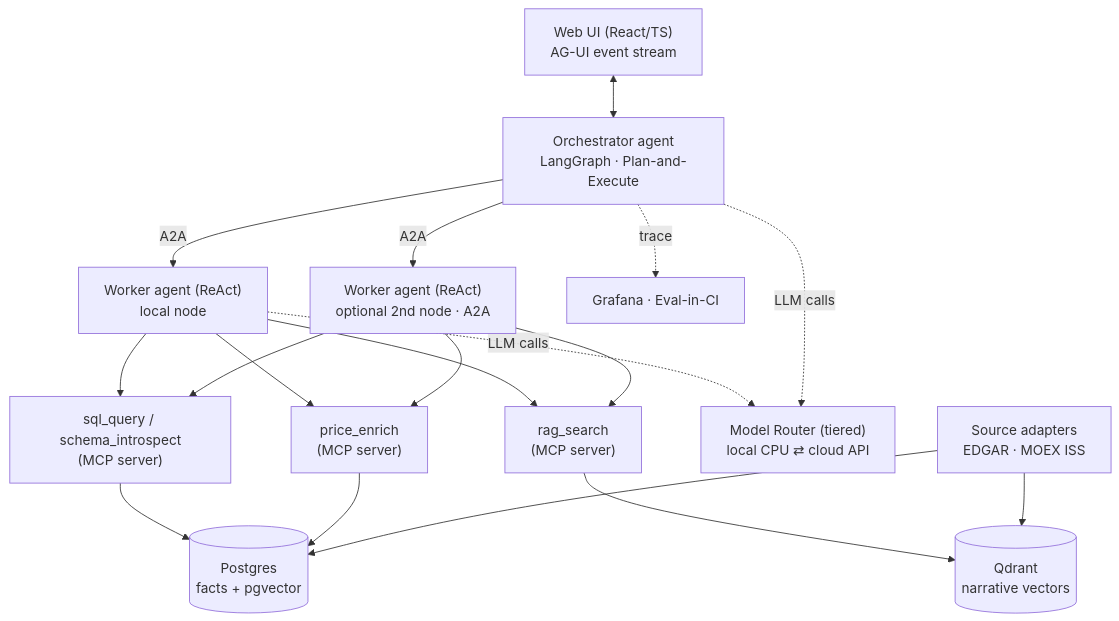
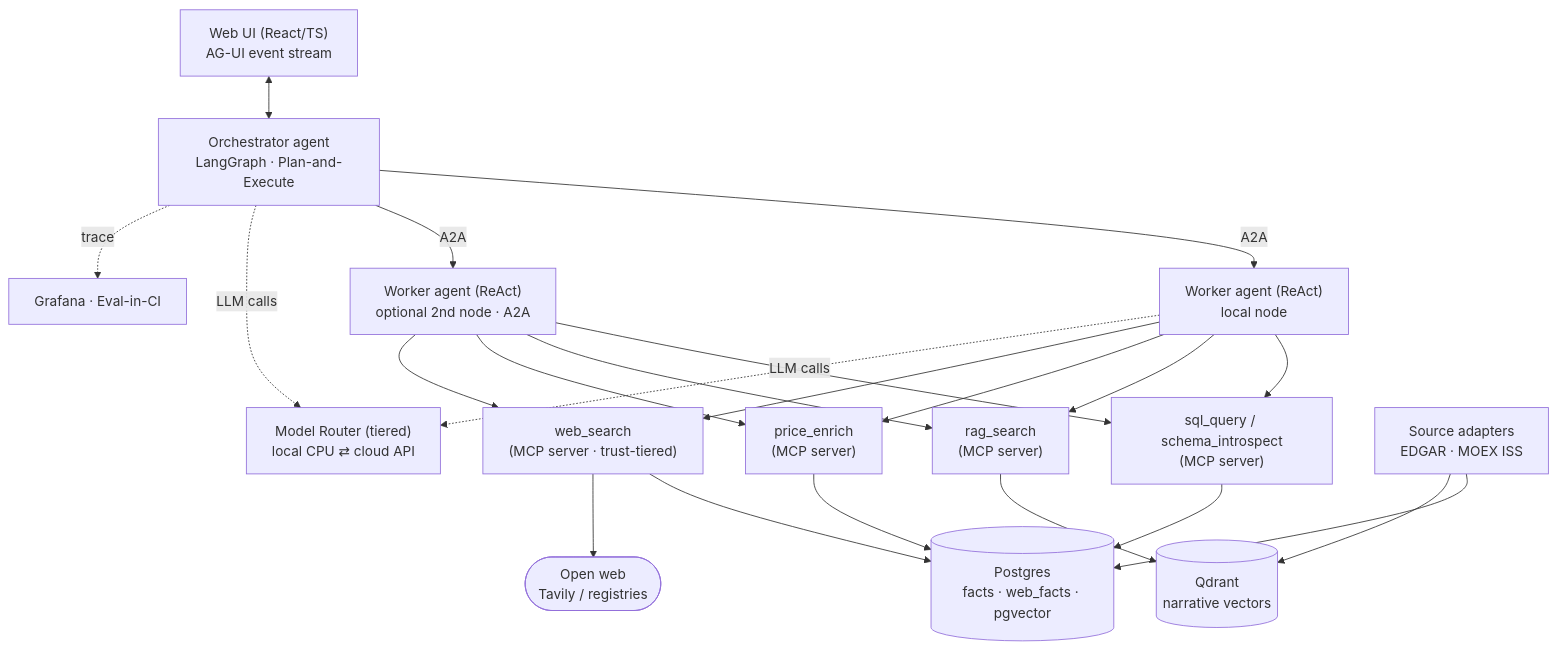
One commit to zzlawlzz/ledgerlens changed the diagram in README.md. Above: the diagram before and after it, drawn with Mermaid. The commit also changed other lines of this file and 1 other file, not shown here.

````diff
--- a/README.md
+++ b/README.md
@@ -28,28 +36,31 @@
 ```mermaid
 flowchart TB
     UI["Web UI (React/TS)<br/>AG-UI event stream"]
     ORCH["Orchestrator agent<br/>LangGraph · Plan-and-Execute"]
     W1["Worker agent (ReAct)<br/>local node"]
     W2["Worker agent (ReAct)<br/>optional 2nd node · A2A"]
     SQL["sql_query / schema_introspect<br/>(MCP server)"]
     RAG["rag_search<br/>(MCP server)"]
     ENR["price_enrich<br/>(MCP server)"]
+    WEB["web_search<br/>(MCP server · trust-tiered)"]
     ROUTER["Model Router (tiered)<br/>local CPU ⇄ cloud API"]
-    PG[("Postgres<br/>facts + pgvector")]
+    PG[("Postgres<br/>facts · web_facts · pgvector")]
     QD[("Qdrant<br/>narrative vectors")]
     ADP["Source adapters<br/>EDGAR · MOEX ISS"]
+    WEBSRC(["Open web<br/>Tavily / registries"])
     OBS["Grafana · Eval-in-CI"]
 
     UI <--> ORCH
     ORCH -- A2A --> W1
     ORCH -- A2A --> W2
-    W1 --> SQL & RAG & ENR
-    W2 --> SQL & RAG & ENR
+    W1 --> SQL & RAG & ENR & WEB
+    W2 --> SQL & RAG & ENR & WEB
     W1 -. LLM calls .-> ROUTER
     ORCH -. LLM calls .-> ROUTER
     SQL --> PG
     RAG --> QD
     ENR --> PG
+    WEB --> PG & WEBSRC
     ADP --> PG & QD
     ORCH -. trace .-> OBS
 ```
````
